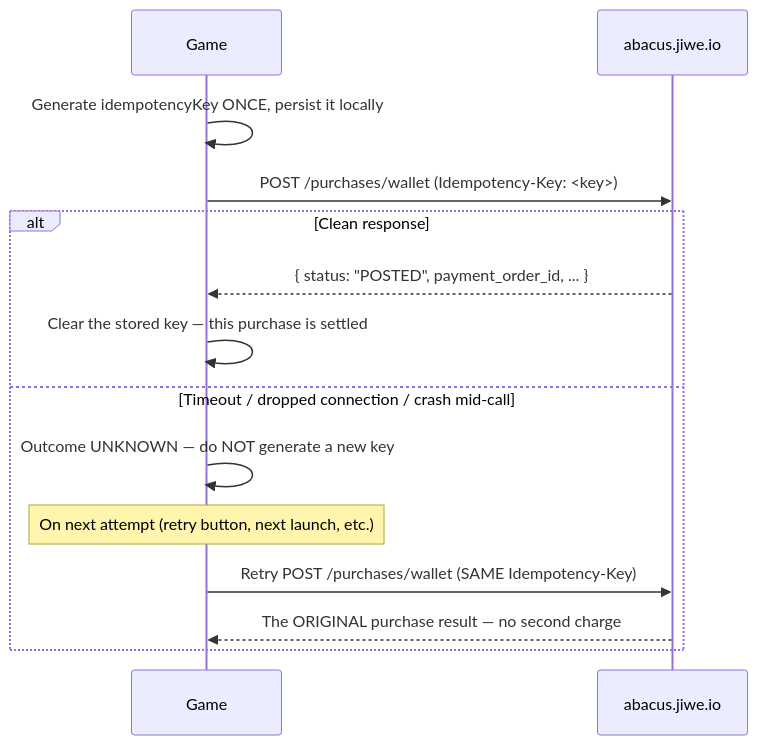
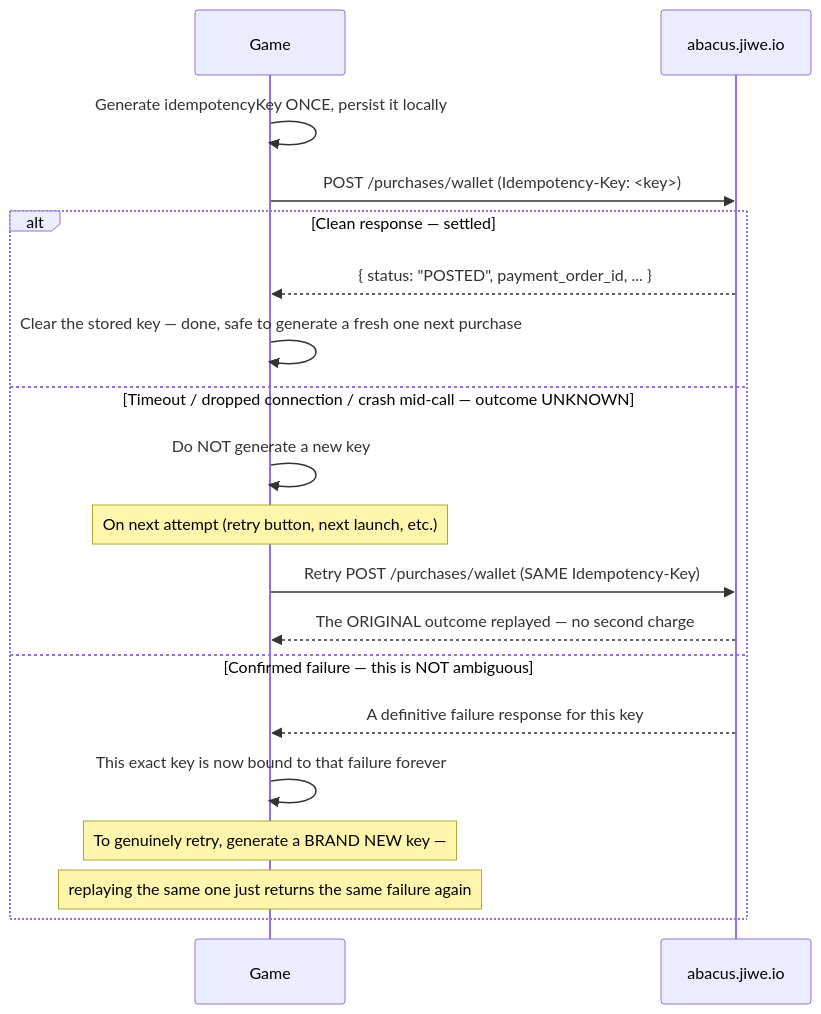
The third of 5 diagrams in README.md (Jiwe-Studio/wallet-sdk-unity), drawn with Mermaid before and after one commit. The commit also changed other lines of this file, not shown here.

First line of the commit message:
Fix incorrect idempotency-key retry guidance in §6

````diff
--- a/README.md
+++ b/README.md
@@ -217,17 +250,22 @@
 ```mermaid
 sequenceDiagram
     participant Game
     participant Jiwe as abacus.jiwe.io
 
     Game->>Game: Generate idempotencyKey ONCE, persist it locally
     Game->>Jiwe: POST /purchases/wallet (Idempotency-Key: <key>)
-    alt Clean response
+    alt Clean response — settled
         Jiwe-->>Game: { status: "POSTED", payment_order_id, ... }
-        Game->>Game: Clear the stored key — this purchase is settled
-    else Timeout / dropped connection / crash mid-call
-        Game->>Game: Outcome UNKNOWN — do NOT generate a new key
+        Game->>Game: Clear the stored key — done, safe to generate a fresh one next purchase
+    else Timeout / dropped connection / crash mid-call — outcome UNKNOWN
+        Game->>Game: Do NOT generate a new key
         Note over Game: On next attempt (retry button, next launch, etc.)
         Game->>Jiwe: Retry POST /purchases/wallet (SAME Idempotency-Key)
-        Jiwe-->>Game: The ORIGINAL purchase result — no second charge
+        Jiwe-->>Game: The ORIGINAL outcome replayed — no second charge
+    else Confirmed failure — this is NOT ambiguous
+        Jiwe-->>Game: A definitive failure response for this key
+        Game->>Game: This exact key is now bound to that failure forever
+        Note over Game: To genuinely retry, generate a BRAND NEW key —
+        Note over Game: replaying the same one just returns the same failure again
     end
 ```
````
